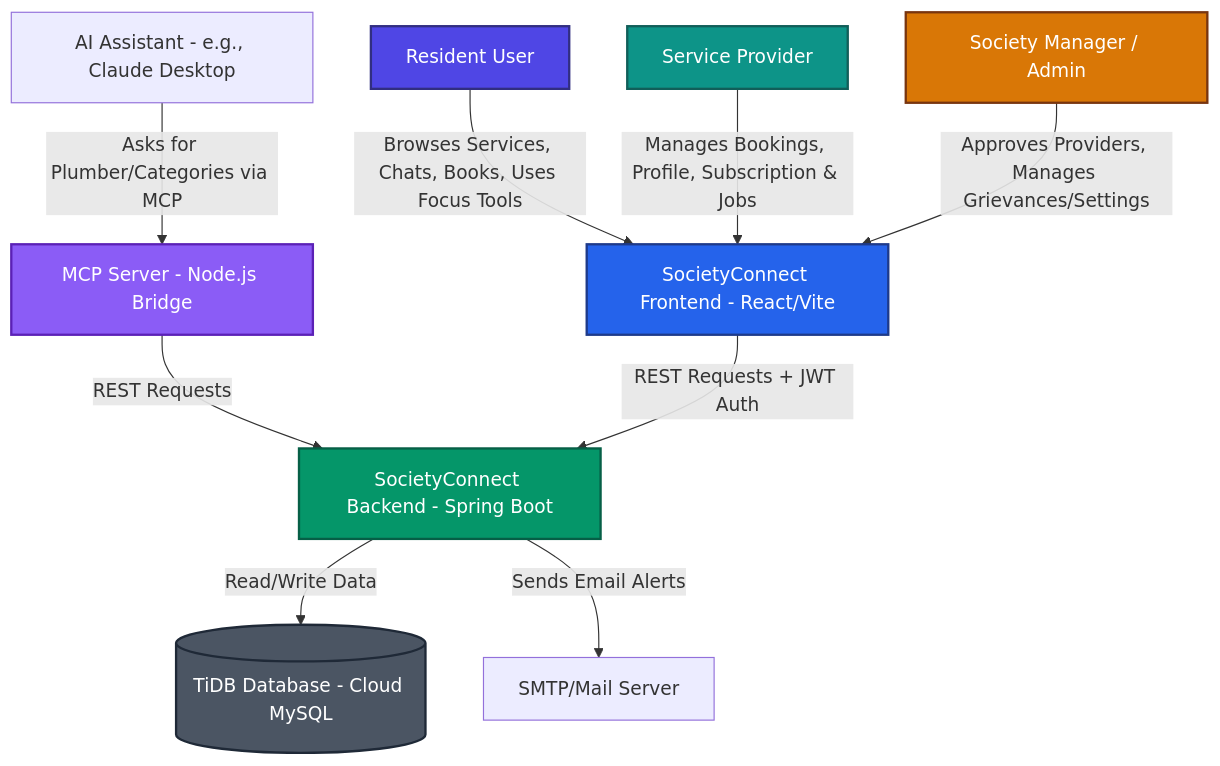
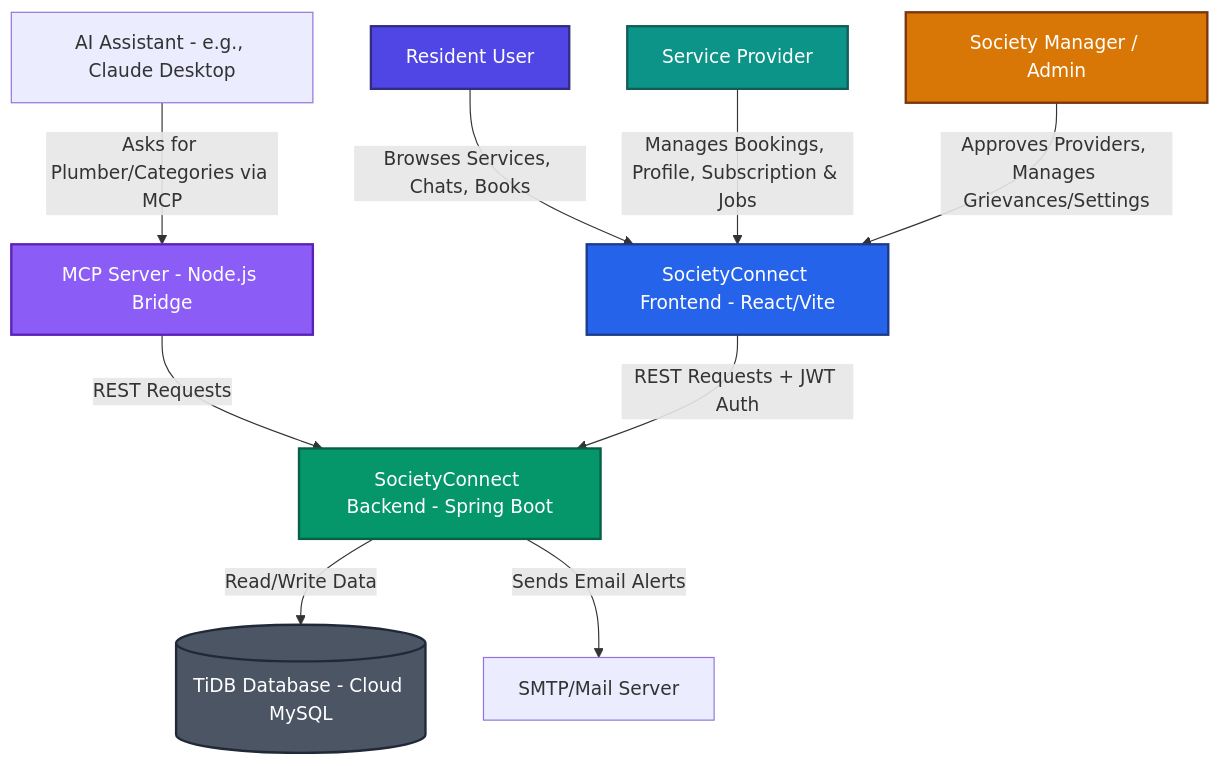
The first of 4 diagrams in docs/HLD.md (raviattrash-pro/societyConnect), drawn with Mermaid before and after one commit. The commit also changed other lines of this file and 17 other files, not shown here.

````diff
--- a/docs/HLD.md
+++ b/docs/HLD.md
@@ -9,21 +9,21 @@
 ```mermaid
 graph TD
-    Resident[Resident User] -->|Browses Services, Chats, Books, Uses Focus Tools| FrontendApp[SocietyConnect Frontend - React/Vite]
+    Resident[Resident User] -->|Browses Services, Chats, Books| FrontendApp[SocietyConnect Frontend - React/Vite]
     Provider[Service Provider] -->|Manages Bookings, Profile, Subscription & Jobs| FrontendApp
     Admin[Society Manager / Admin] -->|Approves Providers, Manages Grievances/Settings| FrontendApp
     
     AI[AI Assistant - e.g., Claude Desktop] -->|Asks for Plumber/Categories via MCP| MCPServer[MCP Server - Node.js Bridge]
     MCPServer -->|REST Requests| BackendApp[SocietyConnect Backend - Spring Boot]
     
     FrontendApp -->|REST Requests + JWT Auth| BackendApp
     BackendApp -->|Read/Write Data| TiDB[(TiDB Database - Cloud MySQL)]
     BackendApp -->|Sends Email Alerts| MailAPI[SMTP/Mail Server]
     
     style Resident fill:#4F46E5,stroke:#312E81,stroke-width:2px,color:#fff
     style Provider fill:#0D9488,stroke:#115E59,stroke-width:2px,color:#fff
     style Admin fill:#D97706,stroke:#78350F,stroke-width:2px,color:#fff
     style FrontendApp fill:#2563EB,stroke:#1E3A8A,stroke-width:2px,color:#fff
     style BackendApp fill:#059669,stroke:#065F46,stroke-width:2px,color:#fff
     style TiDB fill:#4B5563,stroke:#1F2937,stroke-width:2px,color:#fff
     style MCPServer fill:#8B5CF6,stroke:#5B21B6,stroke-width:2px,color:#fff
 ```
````
